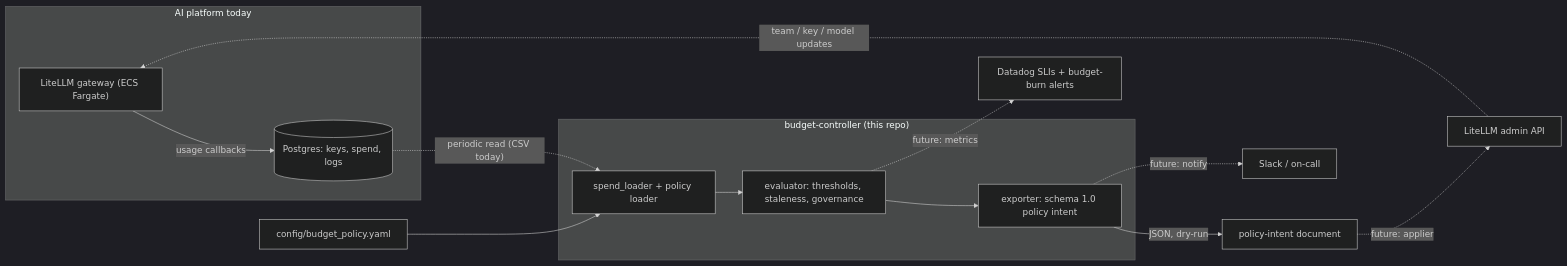
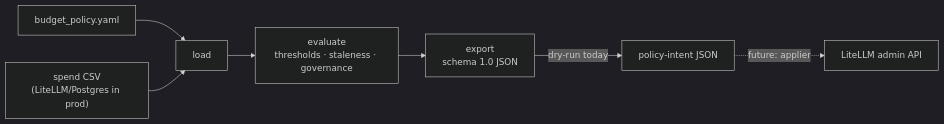
Before and after one commit to clintonai-tech/ai-platform-budget-controller: the diagram in README.md, drawn with Mermaid (dark theme). The commit also changed other lines of this file, not shown here.

````diff
--- a/README.md
+++ b/README.md
@@ -33,23 +26,8 @@
 ```mermaid
 flowchart LR
-    subgraph Gateway["AI platform today"]
-        LLM["LiteLLM gateway (ECS Fargate)"]
-        PG[("Postgres: keys, spend, logs")]
-        LLM -->|usage callbacks| PG
-    end
-
-    subgraph BC["budget-controller (this repo)"]
-        LOAD["spend_loader + policy loader"]
-        EVAL["evaluator: thresholds, staleness, governance"]
-        EXP["exporter: schema 1.0 policy intent"]
-        LOAD --> EVAL --> EXP
-    end
-
-    PG -. "periodic read (CSV today)" .-> LOAD
-    POL["config/budget_policy.yaml"] --> LOAD
-    EXP -->|"JSON, dry-run"| OUT["policy-intent document"]
-    OUT -. "future: applier" .-> ADMIN["LiteLLM admin API"]
-    ADMIN -. team / key / model updates .-> LLM
-    EVAL -. "future: metrics" .-> DD["Datadog SLIs + budget-burn alerts"]
-    EXP -. "future: notify" .-> SLACK["Slack / on-call"]
+    POL["budget_policy.yaml"] --> LOAD
+    CSV["spend CSV<br/>(LiteLLM/Postgres in prod)"] --> LOAD
+    LOAD["load"] --> EVAL["evaluate<br/>thresholds · staleness · governance"] --> EXP["export<br/>schema 1.0 JSON"]
+    EXP -->|dry-run today| OUT["policy-intent JSON"]
+    OUT -.->|future: applier| GW["LiteLLM admin API"]
 ```
````
